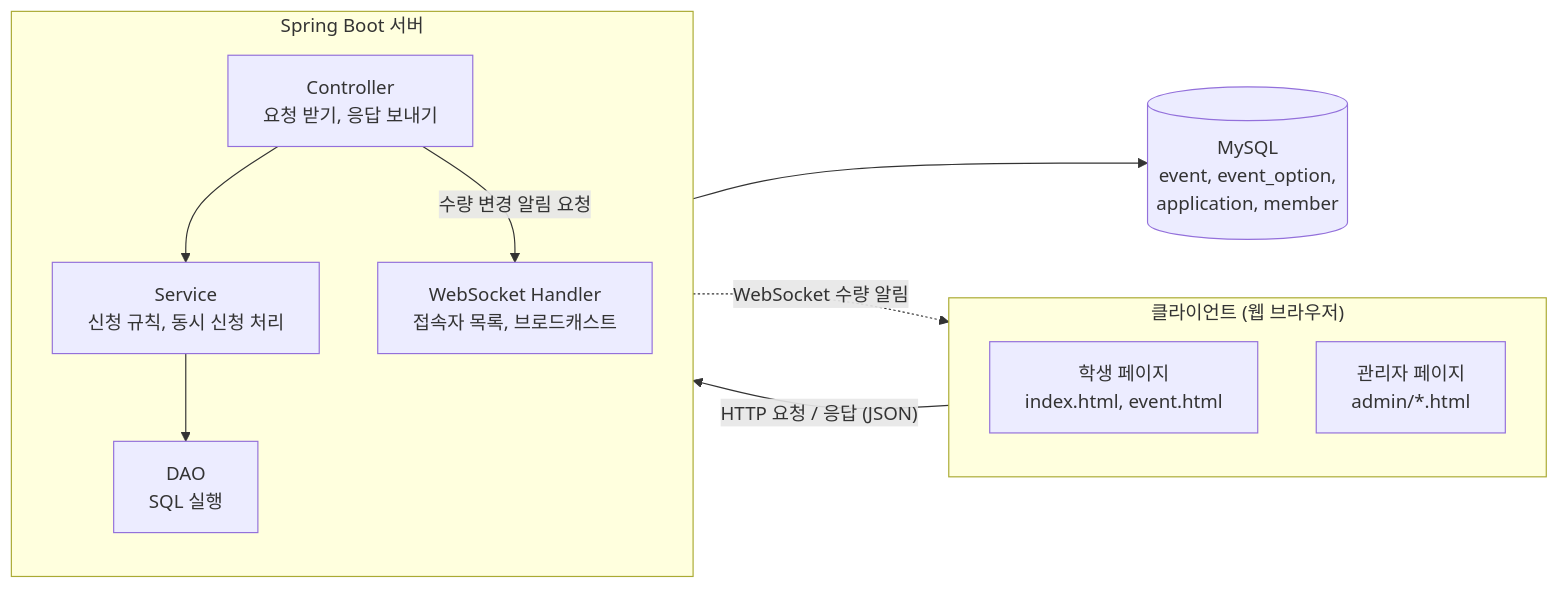
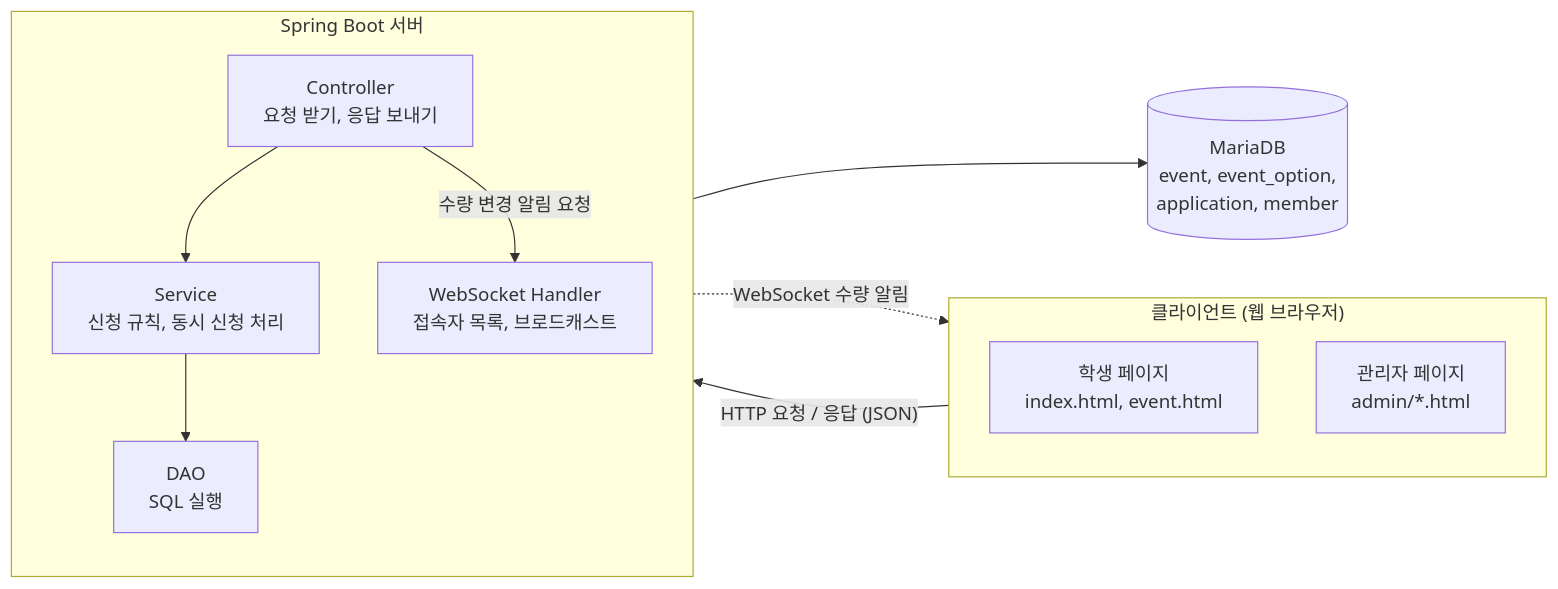
The first of 4 diagrams in docs/design-system-structure.md (xeoucys/Coma), drawn with Mermaid before and after one commit. The commit also changed other lines of this file and 7 other files, not shown here.

````diff
--- a/docs/design-system-structure.md
+++ b/docs/design-system-structure.md
@@ -20,24 +20,24 @@
 ```mermaid
 flowchart LR
     subgraph Client["클라이언트 (웹 브라우저)"]
         direction TB
         S["학생 페이지<br/>index.html, event.html"]
         A["관리자 페이지<br/>admin/*.html"]
     end
 
     subgraph Server["Spring Boot 서버"]
         direction TB
         C["Controller<br/>요청 받기, 응답 보내기"]
         SV["Service<br/>신청 규칙, 동시 신청 처리"]
         D["DAO<br/>SQL 실행"]
         WS["WebSocket Handler<br/>접속자 목록, 브로드캐스트"]
         C --> SV --> D
         C -- "수량 변경 알림 요청" --> WS
     end
 
-    DB[("MySQL<br/>event, event_option,<br/>application, member")]
+    DB[("MariaDB<br/>event, event_option,<br/>application, member")]
 
     Client -- "HTTP 요청 / 응답 (JSON)" --> C
     WS -. "WebSocket 수량 알림" .-> Client
     D --> DB
 ```
````
